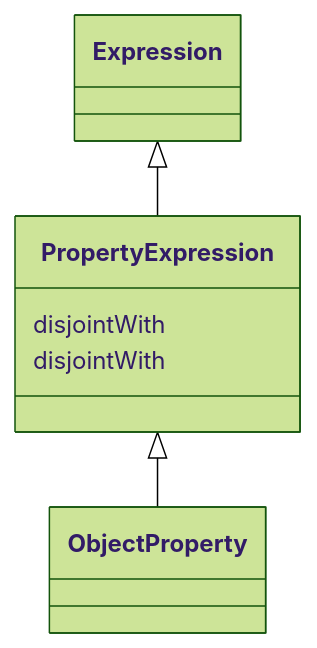
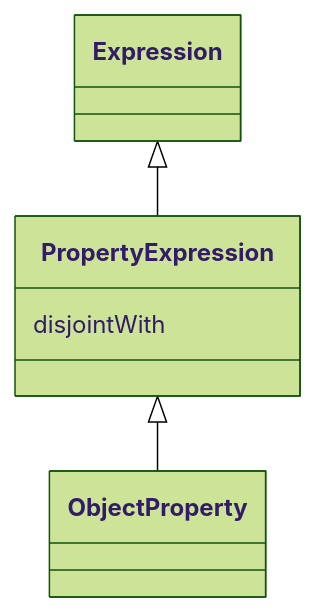
One commit to INCATools/ontology-access-kit changed the diagram in ontology-metadata/PropertyExpression.md. Above: the diagram before and after it, drawn with Mermaid (forest theme). The commit also changed other lines of this file and 1783 other files, not shown here.

````diff
--- a/ontology-metadata/PropertyExpression.md
+++ b/ontology-metadata/PropertyExpression.md
@@ -9,13 +9,13 @@
 ```{mermaid}
  classDiagram
     class PropertyExpression
       Expression <|-- PropertyExpression
       
-      PropertyExpression : disjointWith
-      
 
       PropertyExpression <|-- ObjectProperty
       
+      
       PropertyExpression : disjointWith
+        
       
 ```
````
